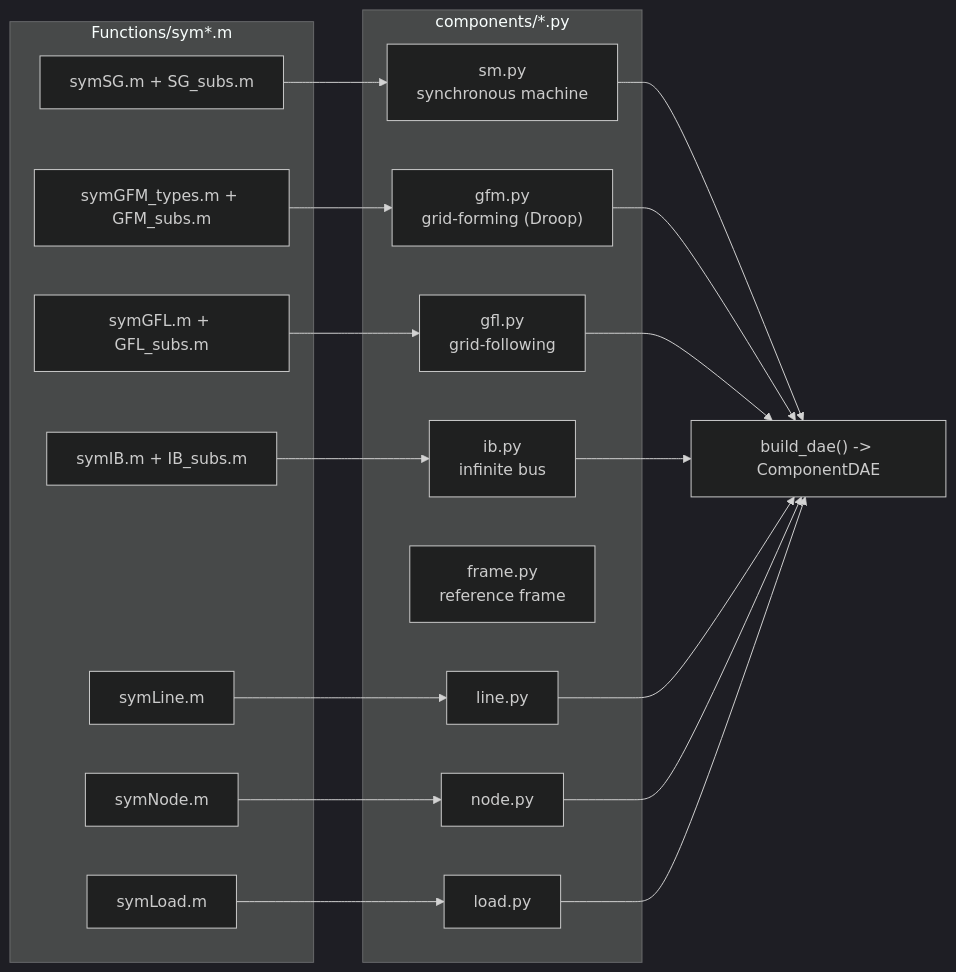
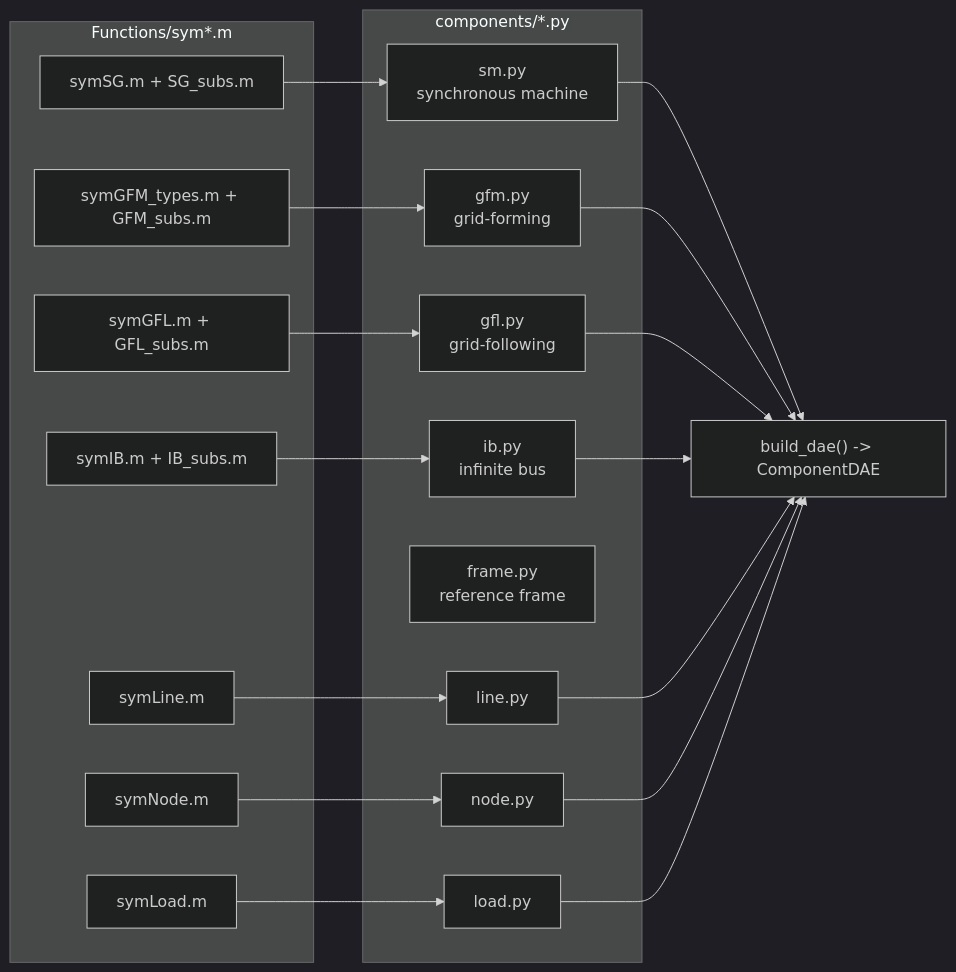
Before and after one commit to FKELADA/G2ELin: the second of 2 diagrams in python/docs/sphinx/modules/components.md, drawn with Mermaid (dark theme). The commit also changed other lines of this file and 22 other files, not shown here.

````diff
--- a/python/docs/sphinx/modules/components.md
+++ b/python/docs/sphinx/modules/components.md
@@ -81,29 +81,29 @@
 ```{mermaid}
 flowchart LR
     subgraph Sources["Functions/sym*.m"]
         symSG["symSG.m + SG_subs.m"]
         symGFM["symGFM_types.m + GFM_subs.m"]
         symGFL["symGFL.m + GFL_subs.m"]
         symIB["symIB.m + IB_subs.m"]
         symLine["symLine.m"]
         symNode["symNode.m"]
         symLoad["symLoad.m"]
     end
     subgraph Python["components/*.py"]
         sm["sm.py<br/>synchronous machine"]
-        gfm["gfm.py<br/>grid-forming (Droop)"]
+        gfm["gfm.py<br/>grid-forming"]
         gfl["gfl.py<br/>grid-following"]
         ib["ib.py<br/>infinite bus"]
         frame["frame.py<br/>reference frame"]
         line["line.py"]
         node["node.py"]
         load["load.py"]
     end
     symSG --> sm --> DAE["build_dae() -> ComponentDAE"]
     symGFM --> gfm --> DAE
     symGFL --> gfl --> DAE
     symIB --> ib --> DAE
     symLine --> line --> DAE
     symNode --> node --> DAE
     symLoad --> load --> DAE
 ```
````
